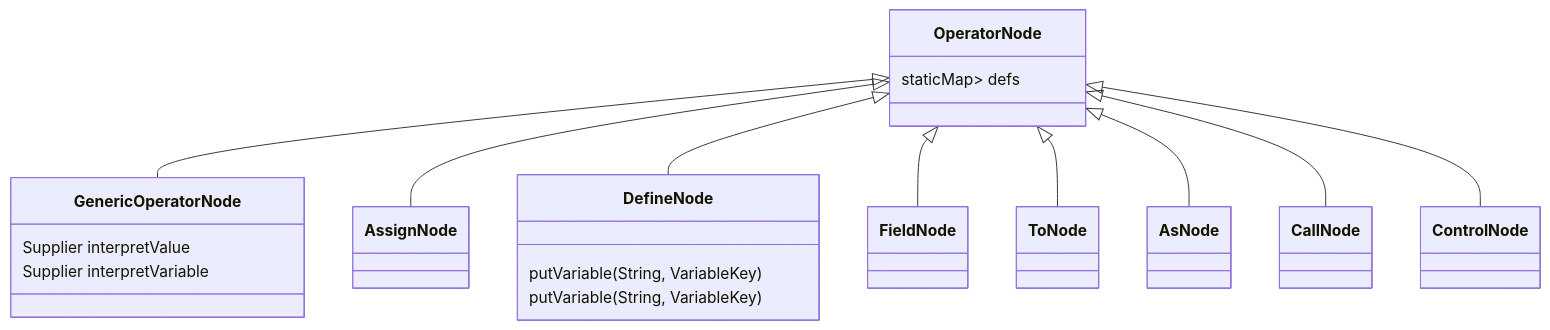
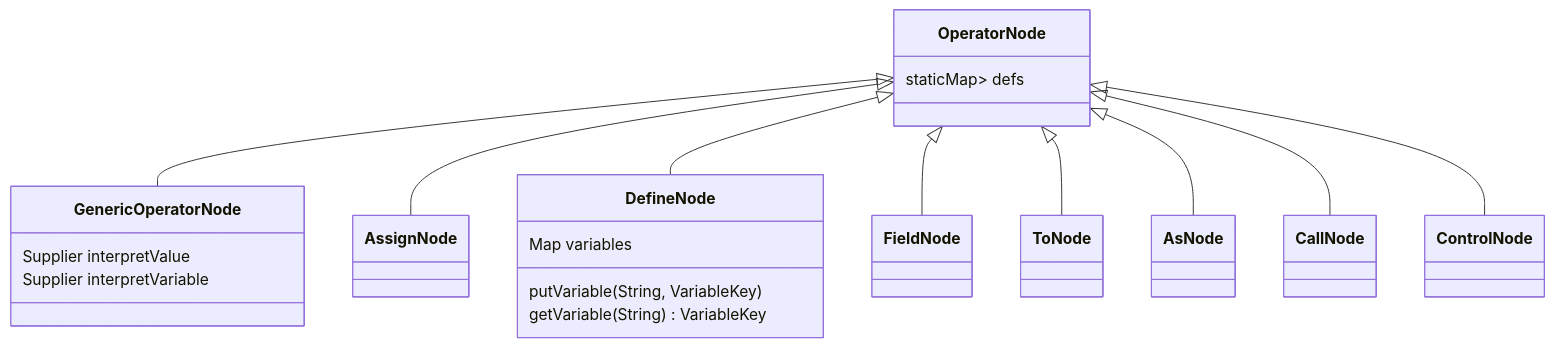
The third of 5 diagrams in Implementation.md (Jzhyang1/Monomer), drawn with Mermaid before and after one commit. The commit also changed other lines of this file, not shown here.

Commit message:
Implementation.md updated from https://stackedit.io/

````diff
--- a/Implementation.md
+++ b/Implementation.md
@@ -148,19 +148,20 @@
 ```mermaid
 classDiagram
 OperatorNode <|-- GenericOperatorNode
 OperatorNode <|-- AssignNode
 OperatorNode <|-- DefineNode
 OperatorNode <|-- FieldNode
 OperatorNode <|-- ToNode
 OperatorNode <|-- AsNode
 OperatorNode <|-- CallNode
 OperatorNode <|-- ControlNode
 
 OperatorNode: staticMap<String,Supplier<OperatorNode>> defs
 
 GenericOperatorNode: Supplier<InterpretValue> interpretValue
 GenericOperatorNode: Supplier<InterpretVariable> interpretVariable
 
+DefineNode: Map<String,VariableKey> variables
 DefineNode: putVariable(String, VariableKey)
-DefineNode: putVariable(String, VariableKey)
+DefineNode: getVariable(String) VariableKey
 ```
````
